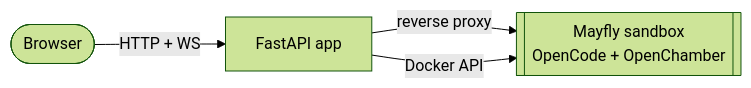
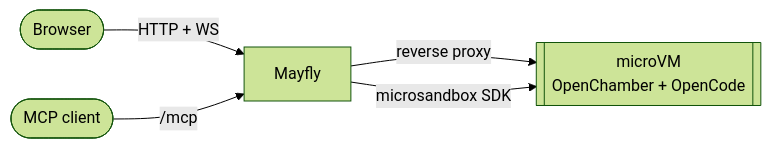
Before and after one commit to Th3R3alDuk3/Mayfly: the diagram in README.md, drawn with Mermaid (forest theme). The commit also changed other lines of this file and 45 other files, not shown here.

First line of the commit message:
Rewrite on microsandbox microVMs with OpenChamber 1.24 and OpenCode 1.18

````diff
--- a/README.md
+++ b/README.md
@@ -19,6 +19,7 @@
 ```mermaid
 flowchart LR
-  B([Browser]) -- HTTP + WS --> A[FastAPI app]
-  A -- reverse proxy --> M[[Mayfly sandbox<br/>OpenCode + OpenChamber]]
-  A -- Docker API --> M
+  B([Browser]) -- HTTP + WS --> A[Mayfly]
+  M([MCP client]) -- /mcp --> A
+  A -- reverse proxy --> V[[microVM<br/>OpenChamber + OpenCode]]
+  A -- microsandbox SDK --> V
 ```
````
